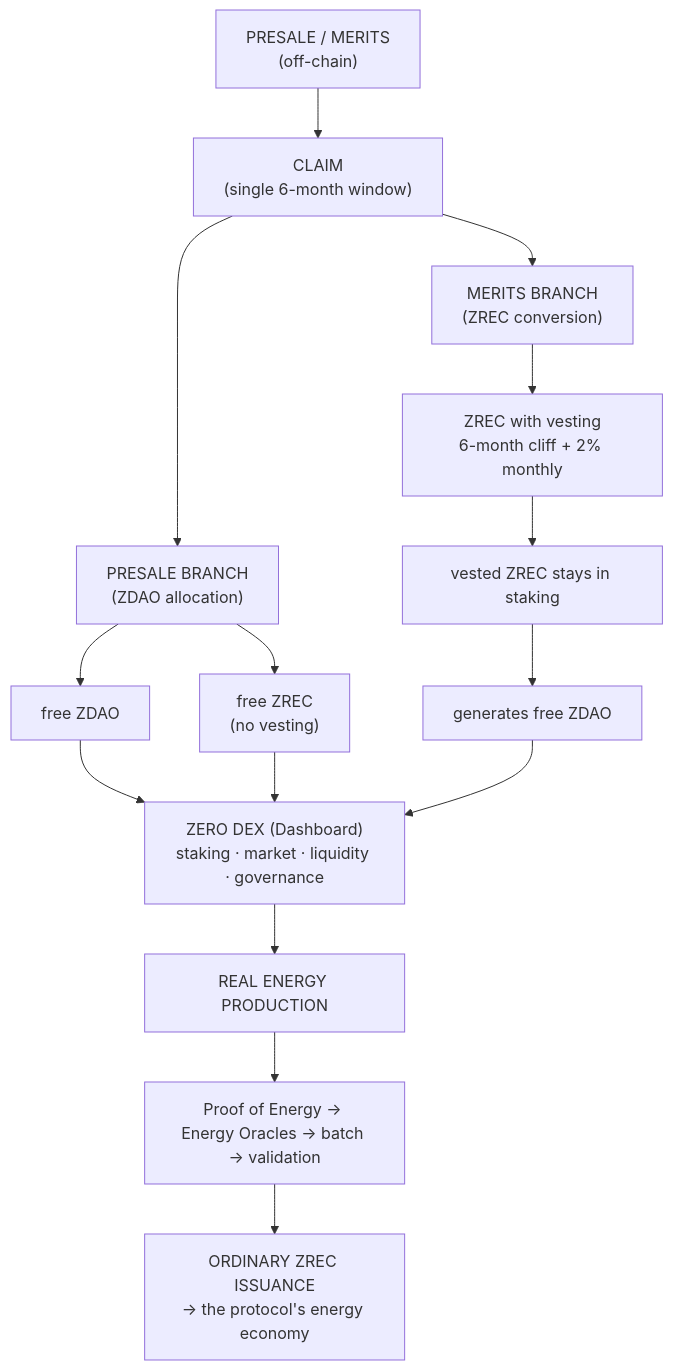
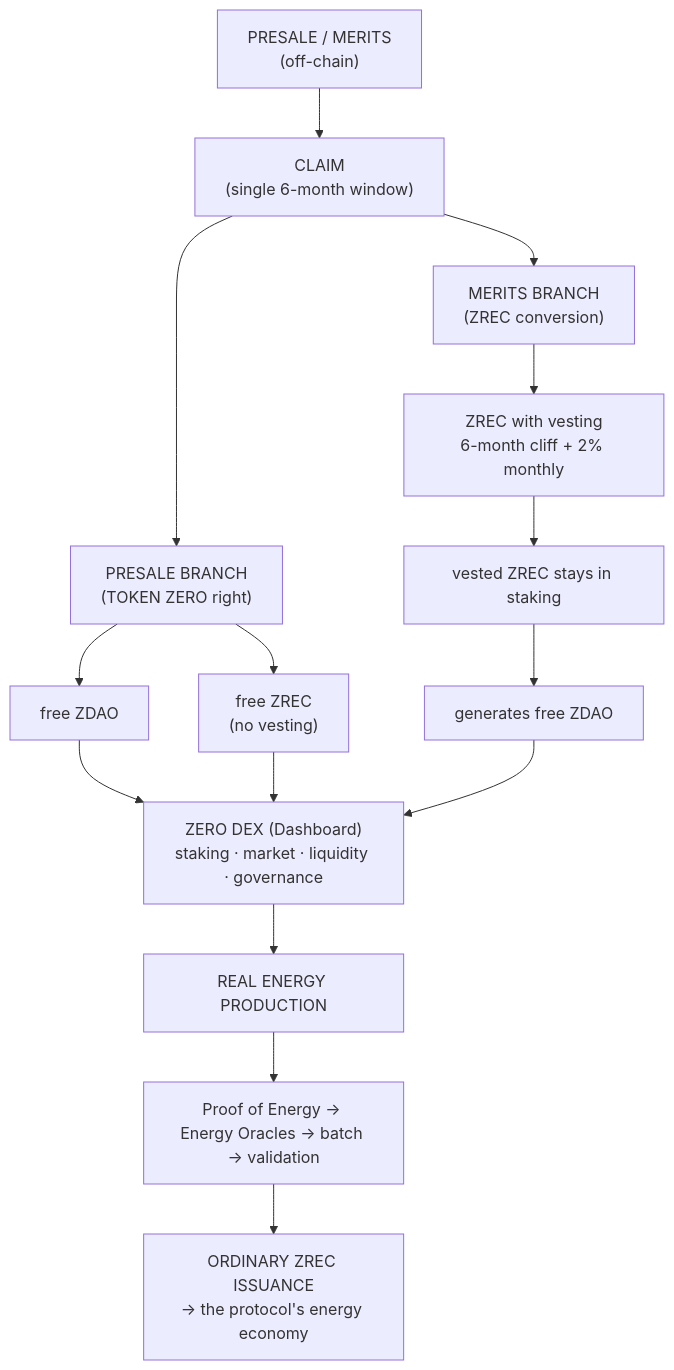
The fourth of 4 diagrams in docs/business-logic/01-general-architecture.md (blockvault-ai/zero-energy), drawn with Mermaid before and after one commit. The commit also changed other lines of this file and 8 other files, not shown here.

Commit message:
docs: introduce TOKEN ZERO presale denomination, knowledge base index

````diff
--- a/docs/business-logic/01-general-architecture.md
+++ b/docs/business-logic/01-general-architecture.md
@@ -68,29 +68,29 @@
 ```mermaid
 flowchart TD
     A["PRESALE / MERITS<br/>(off-chain)"]
     B["CLAIM<br/>(single 6-month window)"]
-    P["PRESALE BRANCH<br/>(ZDAO allocation)"]
+    P["PRESALE BRANCH<br/>(TOKEN ZERO right)"]
     P1["free ZDAO"]
     P2["free ZREC<br/>(no vesting)"]
     M["MERITS BRANCH<br/>(ZREC conversion)"]
     M1["ZREC with vesting<br/>6-month cliff + 2% monthly"]
     M2["vested ZREC stays in staking"]
     M3["generates free ZDAO"]
     D["ZERO DEX (Dashboard)<br/>staking · market · liquidity · governance"]
     R[REAL ENERGY PRODUCTION]
     V["Proof of Energy → Energy Oracles → batch → validation"]
     O["ORDINARY ZREC ISSUANCE<br/>→ the protocol's energy economy"]
 
     A --> B
     B --> P
     B --> M
     P --> P1
     P --> P2
     M --> M1
     M1 --> M2
     M2 --> M3
     P1 --> D
     P2 --> D
     M3 --> D
     D --> R --> V --> O
 ```
````
